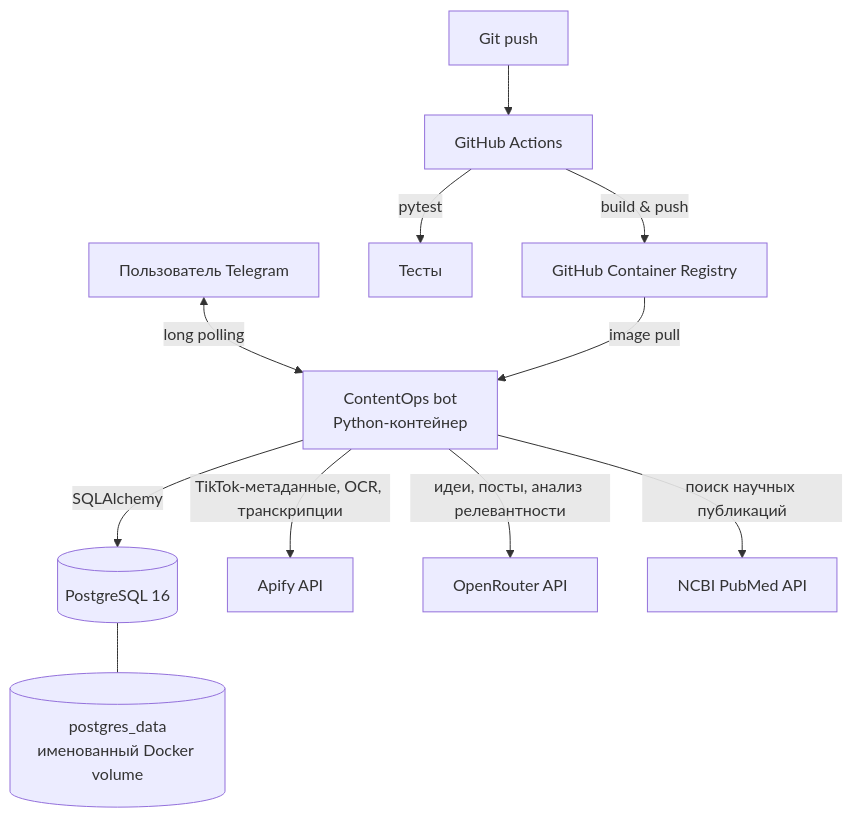
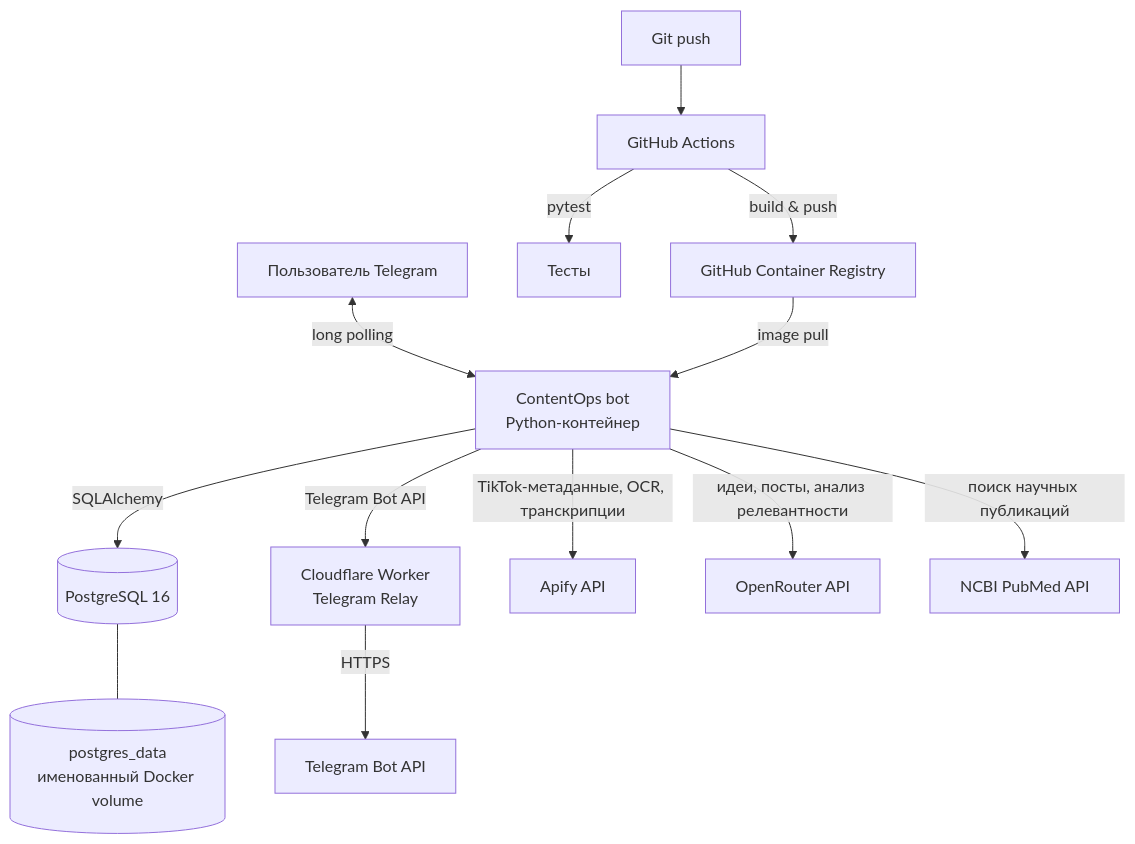
One commit to ananevego/contentops changed the diagram in README.md. Above: the diagram before and after it, drawn with Mermaid. The commit also changed other lines of this file, not shown here.

````diff
--- a/README.md
+++ b/README.md
@@ -7,16 +7,19 @@
 ```mermaid
 flowchart TB
     User[Пользователь Telegram] <-->|long polling| Bot[ContentOps bot\nPython-контейнер]
 
     Bot -->|SQLAlchemy| DB[(PostgreSQL 16)]
     DB --- Volume[(postgres_data\nименованный Docker volume)]
+
+    Bot -->|Telegram Bot API| Relay[Cloudflare Worker\nTelegram Relay]
+    Relay -->|HTTPS| Telegram[Telegram Bot API]
 
     Bot -->|TikTok-метаданные, OCR, транскрипции| Apify[Apify API]
     Bot -->|идеи, посты, анализ релевантности| OpenRouter[OpenRouter API]
     Bot -->|поиск научных публикаций| PubMed[NCBI PubMed API]
 
     Dev[Git push] --> CI[GitHub Actions]
     CI -->|pytest| Tests[Тесты]
     CI -->|build & push| GHCR[GitHub Container Registry]
     GHCR -->|image pull| Bot
 ```
````
